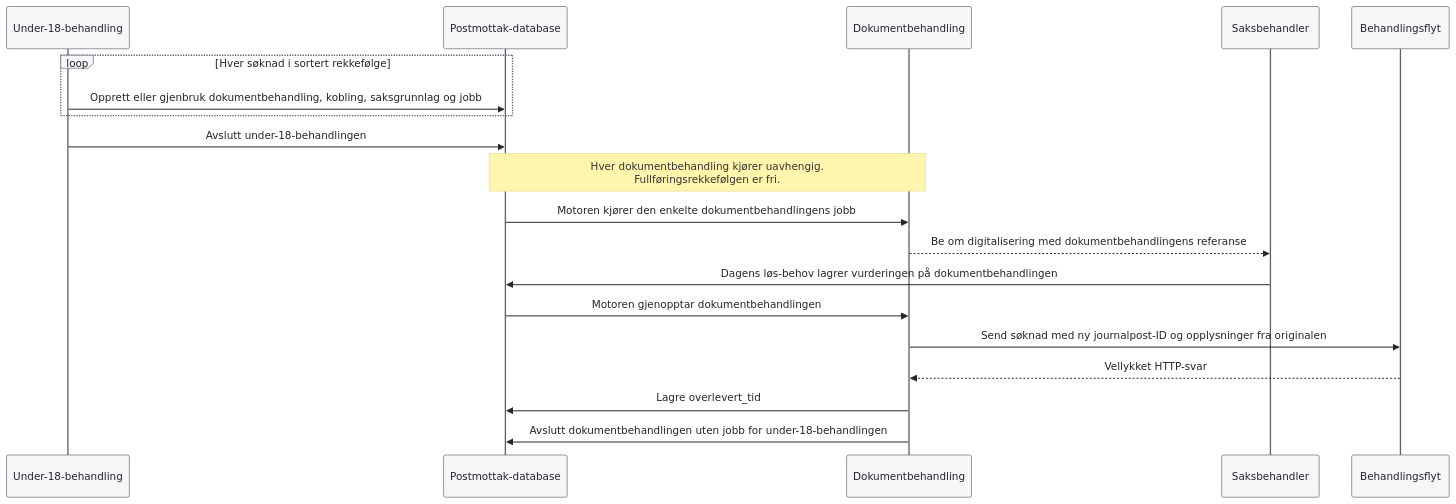
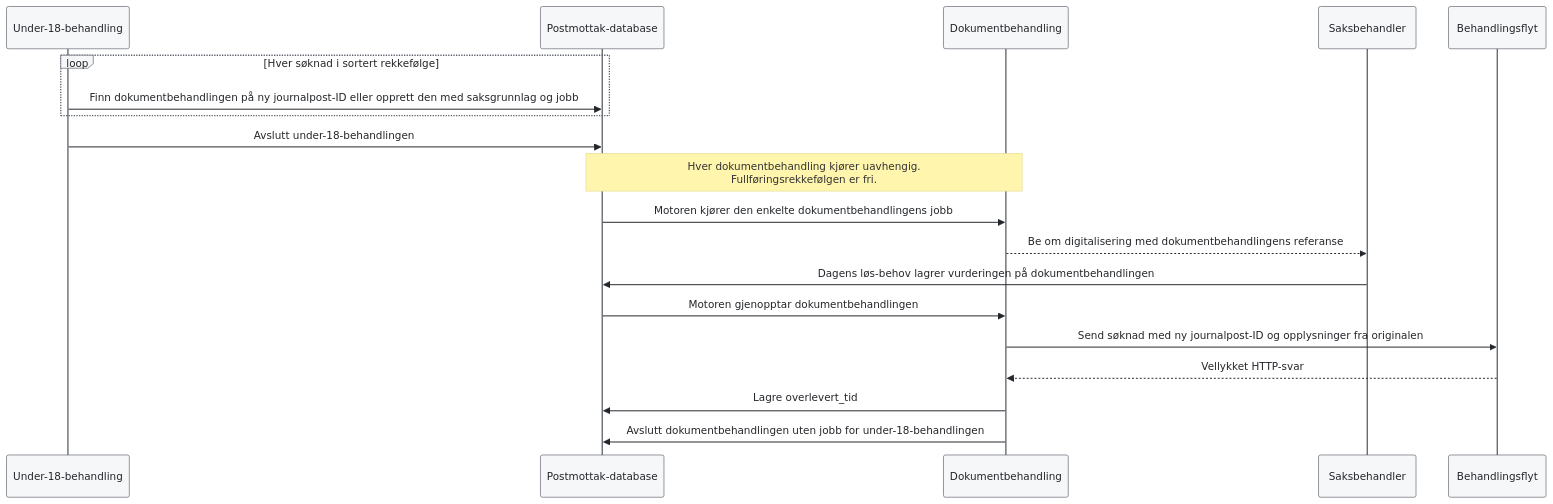
Before and after one commit to navikt/aap-postmottak-backend: the fifth of 6 diagrams in under-18-flyt.md, drawn with Mermaid. The commit also changed other lines of this file and 15 other files, not shown here.

````diff
--- a/under-18-flyt.md
+++ b/under-18-flyt.md
@@ -432,22 +423,22 @@
 ```mermaid
 %%{init: {"theme":"base","themeVariables":{"primaryColor":"#F6F7F9","primaryTextColor":"#23262A","primaryBorderColor":"#5B6169","lineColor":"#5B6169","secondaryColor":"#FBEDED","tertiaryColor":"#F6F7F9","background":"#FFFFFF"}}}%%
 sequenceDiagram
     participant F as Under-18-behandling
     participant DB as Postmottak-database
     participant B as Dokumentbehandling
     participant S as Saksbehandler
     participant K as Behandlingsflyt
     loop Hver søknad i sortert rekkefølge
-        F->>DB: Opprett eller gjenbruk dokumentbehandling, kobling, saksgrunnlag og jobb
+        F->>DB: Finn dokumentbehandlingen på ny journalpost-ID eller opprett den med saksgrunnlag og jobb
     end
     F->>DB: Avslutt under-18-behandlingen
     Note over DB,B: Hver dokumentbehandling kjører uavhengig.<br/>Fullføringsrekkefølgen er fri.
     DB->>B: Motoren kjører den enkelte dokumentbehandlingens jobb
     B-->>S: Be om digitalisering med dokumentbehandlingens referanse
     S->>DB: Dagens løs-behov lagrer vurderingen på dokumentbehandlingen
     DB->>B: Motoren gjenopptar dokumentbehandlingen
     B->>K: Send søknad med ny journalpost-ID og opplysninger fra originalen
     K-->>B: Vellykket HTTP-svar
     B->>DB: Lagre overlevert_tid
     B->>DB: Avslutt dokumentbehandlingen uten jobb for under-18-behandlingen
 ```
````
